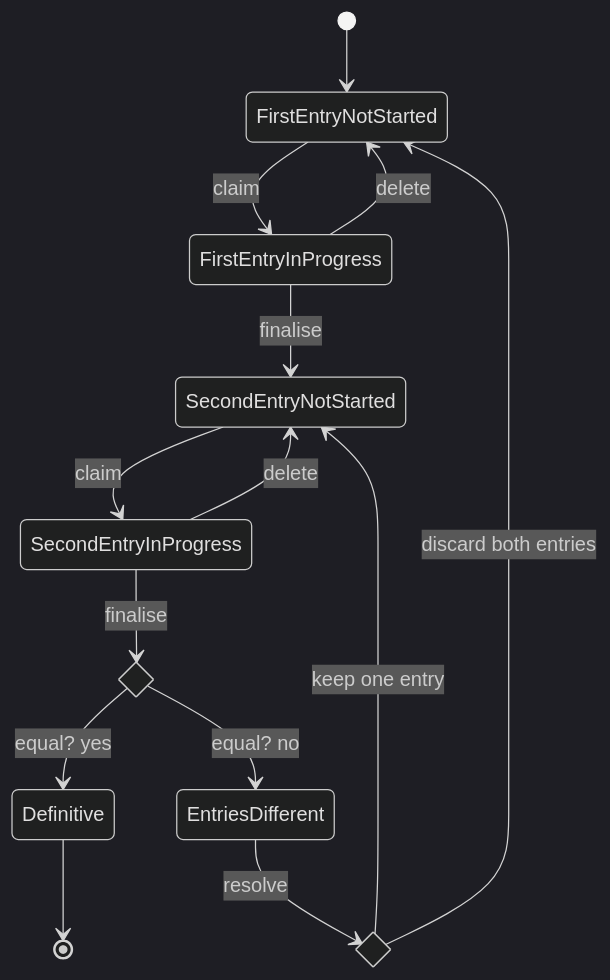
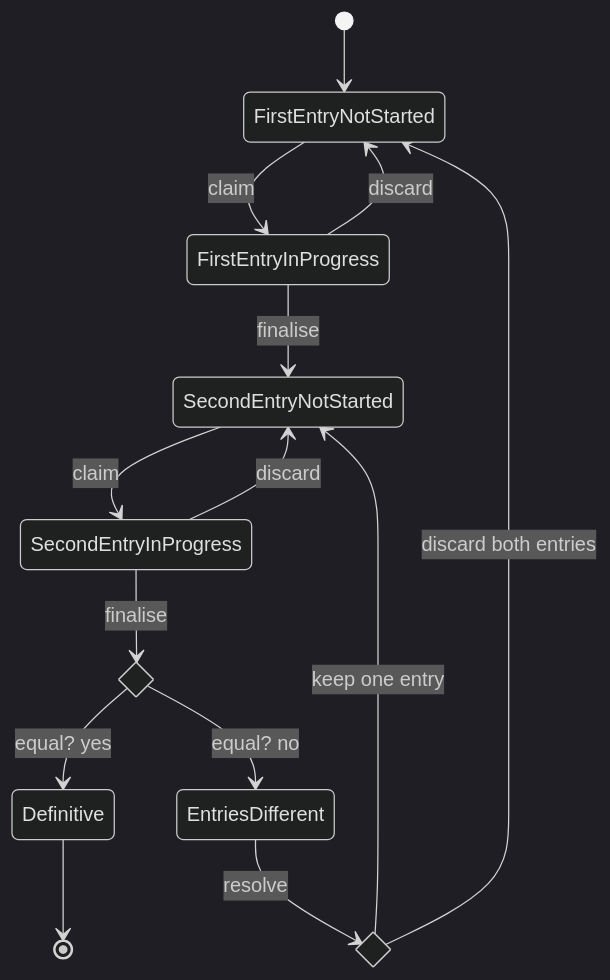
The diagram in documentatie/flowcharts/data-entry-state.md (kiesraad/abacus), drawn with Mermaid (dark theme) before and after one commit. The commit also changed other lines of this file, not shown here.

Commit message:
Rename 'delete' to 'discard' in state diagram

````diff
--- a/documentatie/flowcharts/data-entry-state.md
+++ b/documentatie/flowcharts/data-entry-state.md
@@ -7,20 +7,20 @@
 ```mermaid
 stateDiagram-v2
   [*] --> FirstEntryNotStarted
   FirstEntryNotStarted --> FirstEntryInProgress: claim
   #FirstEntryInProgress --> FirstEntryInProgress: save
   FirstEntryInProgress --> SecondEntryNotStarted: finalise
-  FirstEntryInProgress --> FirstEntryNotStarted: delete
+  FirstEntryInProgress --> FirstEntryNotStarted: discard
   SecondEntryNotStarted --> SecondEntryInProgress: claim
   #SecondEntryInProgress --> SecondEntryInProgress: save
   state is_equal <<choice>>
   SecondEntryInProgress --> is_equal: finalise
-  SecondEntryInProgress --> SecondEntryNotStarted: delete
+  SecondEntryInProgress --> SecondEntryNotStarted: discard
   state resolve <<choice>>
   EntriesDifferent --> resolve: resolve
   resolve --> SecondEntryNotStarted: keep one entry
   resolve --> FirstEntryNotStarted: discard both entries
   is_equal --> Definitive: equal? yes
   is_equal --> EntriesDifferent: equal? no
   Definitive --> [*]
 ```
````
